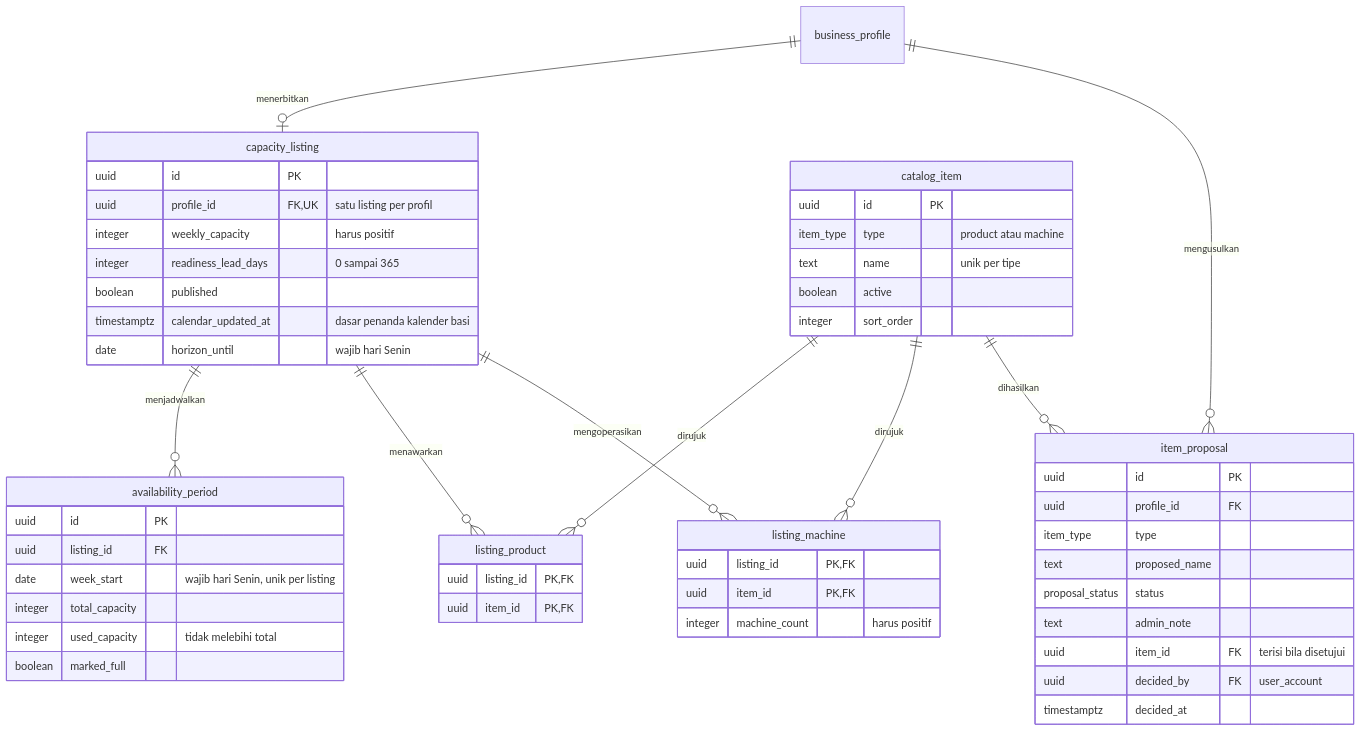
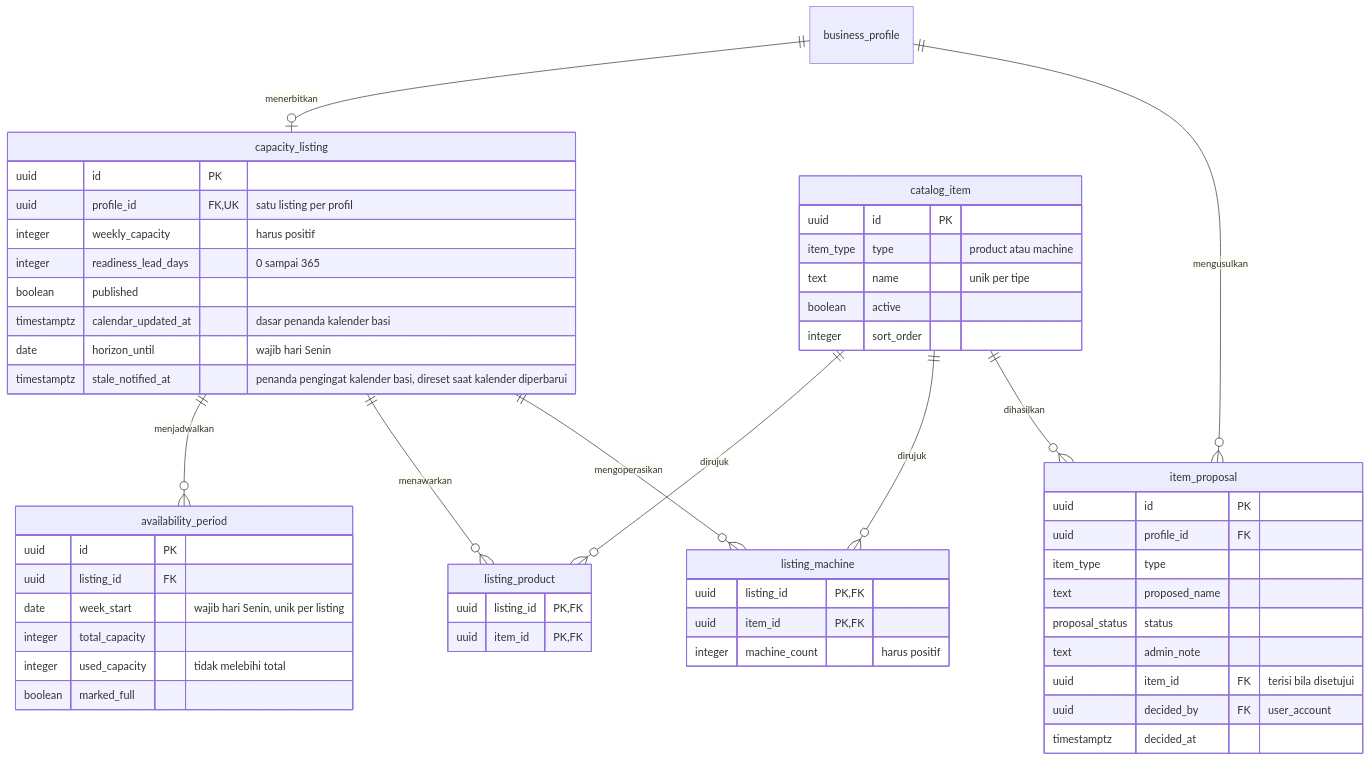
Before and after one commit to fzrilsh/devotion: the third of 5 diagrams in README.md, drawn with Mermaid. The commit also changed other lines of this file, not shown here.

````diff
--- a/README.md
+++ b/README.md
@@ -370,56 +370,57 @@
 ```mermaid
 erDiagram
     business_profile ||--o| capacity_listing : "menerbitkan"
     business_profile ||--o{ item_proposal : "mengusulkan"
     capacity_listing ||--o{ availability_period : "menjadwalkan"
     capacity_listing ||--o{ listing_product : "menawarkan"
     capacity_listing ||--o{ listing_machine : "mengoperasikan"
     catalog_item ||--o{ listing_product : "dirujuk"
     catalog_item ||--o{ listing_machine : "dirujuk"
     catalog_item ||--o{ item_proposal : "dihasilkan"
 
     catalog_item {
         uuid id PK
         item_type type "product atau machine"
         text name "unik per tipe"
         boolean active
         integer sort_order
     }
     item_proposal {
         uuid id PK
         uuid profile_id FK
         item_type type
         text proposed_name
         proposal_status status
         text admin_note
         uuid item_id FK "terisi bila disetujui"
         uuid decided_by FK "user_account"
         timestamptz decided_at
     }
     capacity_listing {
         uuid id PK
         uuid profile_id FK,UK "satu listing per profil"
         integer weekly_capacity "harus positif"
         integer readiness_lead_days "0 sampai 365"
         boolean published
         timestamptz calendar_updated_at "dasar penanda kalender basi"
         date horizon_until "wajib hari Senin"
+        timestamptz stale_notified_at "penanda pengingat kalender basi, direset saat kalender diperbarui"
     }
     availability_period {
         uuid id PK
         uuid listing_id FK
         date week_start "wajib hari Senin, unik per listing"
         integer total_capacity
         integer used_capacity "tidak melebihi total"
         boolean marked_full
     }
     listing_product {
         uuid listing_id PK,FK
         uuid item_id PK,FK
     }
     listing_machine {
         uuid listing_id PK,FK
         uuid item_id PK,FK
         integer machine_count "harus positif"
     }
 ```
````
